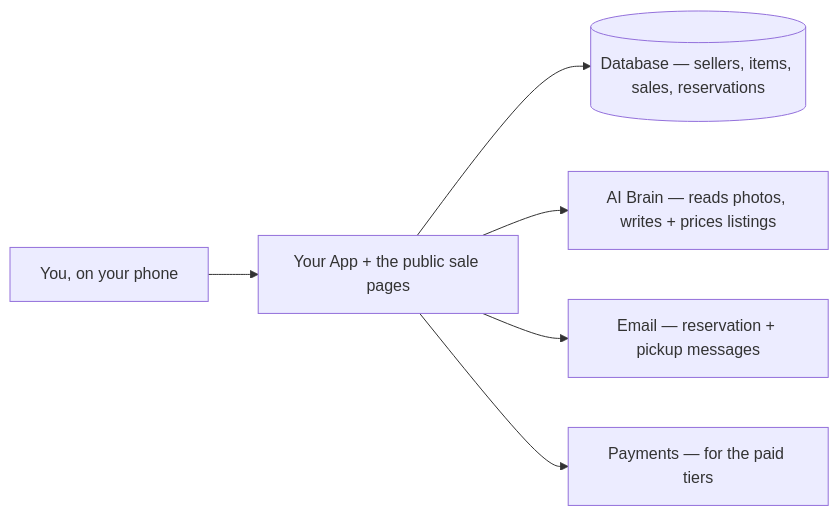
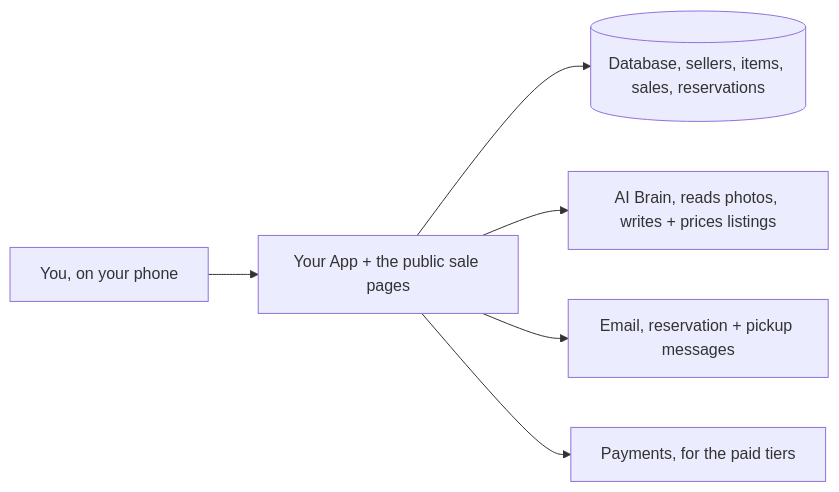
The tenth of 11 diagrams in examples/clearlist-session.md (TexasBedouin/vibe-check), drawn with Mermaid before and after one commit. The commit also changed other lines of this file and 27 other files, not shown here.

First line of the commit message:
release: v2.0.0 - Visual diagram system, Experience Blueprint spine, Crazy 8, confidence dial, wide-net discovery

````diff
--- a/examples/clearlist-session.md
+++ b/examples/clearlist-session.md
@@ -561,8 +561,8 @@
 ```mermaid
 flowchart LR
     U[You, on your phone] --> APP[Your App + the public sale pages]
-    APP --> DB[(Database — sellers, items, sales, reservations)]
-    APP --> AI[AI Brain — reads photos, writes + prices listings]
-    APP --> MAIL[Email — reservation + pickup messages]
-    APP --> PAY[Payments — for the paid tiers]
+    APP --> DB[(Database, sellers, items, sales, reservations)]
+    APP --> AI[AI Brain, reads photos, writes + prices listings]
+    APP --> MAIL[Email, reservation + pickup messages]
+    APP --> PAY[Payments, for the paid tiers]
 ```
````
